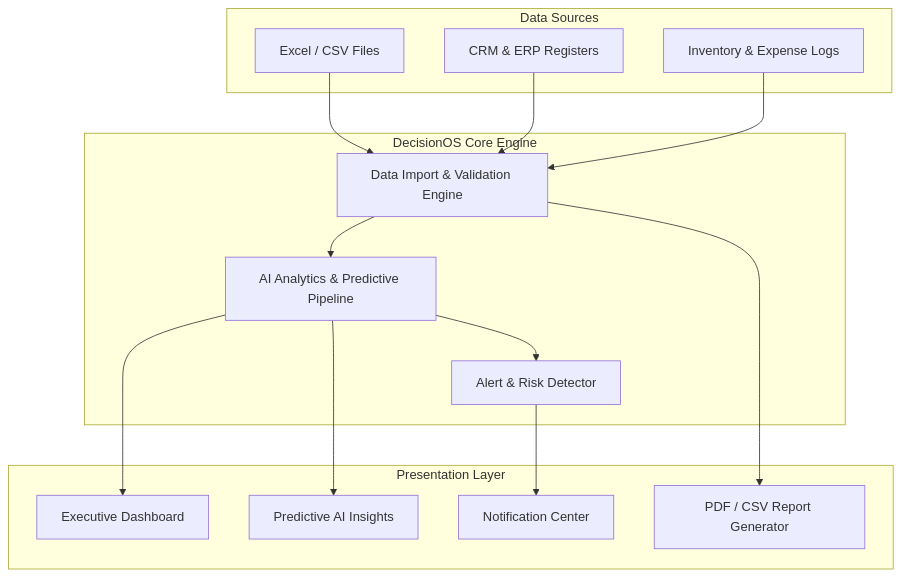
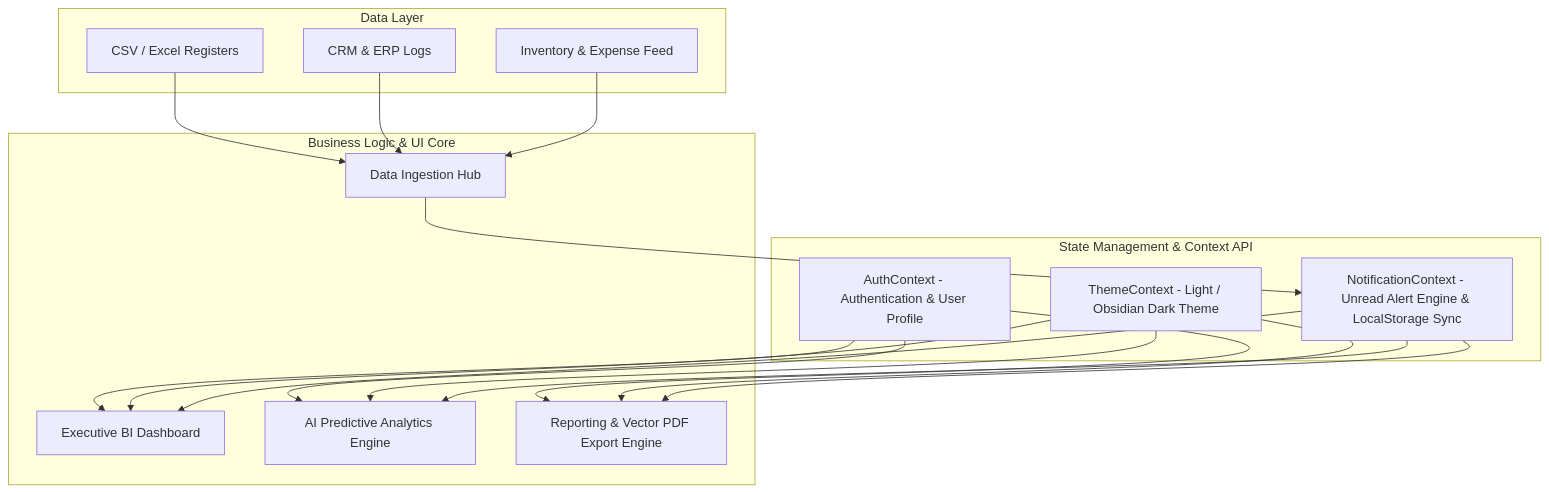
Before and after one commit to souvikx18/DecisionOS: the diagram in README.MD, drawn with Mermaid. The commit also changed other lines of this file, not shown here.

````diff
--- a/README.MD
+++ b/README.MD
@@ -91,33 +92,25 @@
 ```mermaid
 flowchart TD
-    subgraph Data Sources
-        A1[Excel / CSV Files]
-        A2[CRM & ERP Registers]
-        A3[Inventory & Expense Logs]
+    subgraph Data Layer
+        A1[CSV / Excel Registers]
+        A2[CRM & ERP Logs]
+        A3[Inventory & Expense Feed]
     end
 
-    subgraph DecisionOS Core Engine
-        B1[Data Import & Validation Engine]
-        B2[AI Analytics & Predictive Pipeline]
-        B3[Alert & Risk Detector]
+    subgraph State Management & Context API
+        B1[AuthContext - Authentication & User Profile]
+        B2[ThemeContext - Light / Obsidian Dark Theme]
+        B3[NotificationContext - Unread Alert Engine & LocalStorage Sync]
     end
 
-    subgraph Presentation Layer
-        C1[Executive Dashboard]
-        C2[Predictive AI Insights]
-        C3[Notification Center]
-        C4[PDF / CSV Report Generator]
+    subgraph Business Logic & UI Core
+        C1[Executive BI Dashboard]
+        C2[AI Predictive Analytics Engine]
+        C3[Data Ingestion Hub]
+        C4[Reporting & Vector PDF Export Engine]
     end
 
-    A1 --> B1
-    A2 --> B1
-    A3 --> B1
-
-    B1 --> B2
-    B2 --> B3
-
-    B2 --> C1
-    B2 --> C2
-    B3 --> C3
-    B1 --> C4
+    A1 & A2 & A3 --> C3
+    C3 --> B3
+    B1 & B2 & B3 --> C1 & C2 & C4
 ```
````
